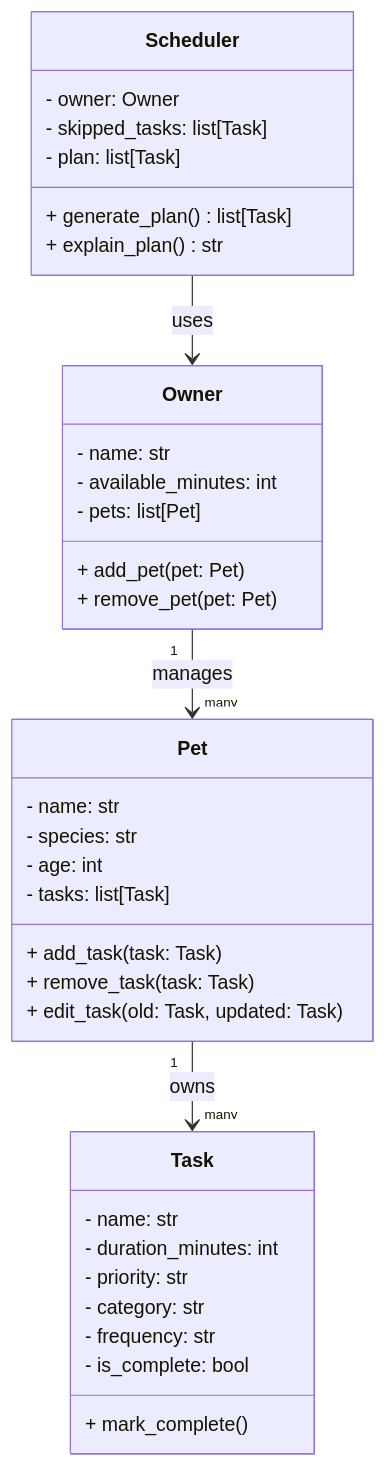
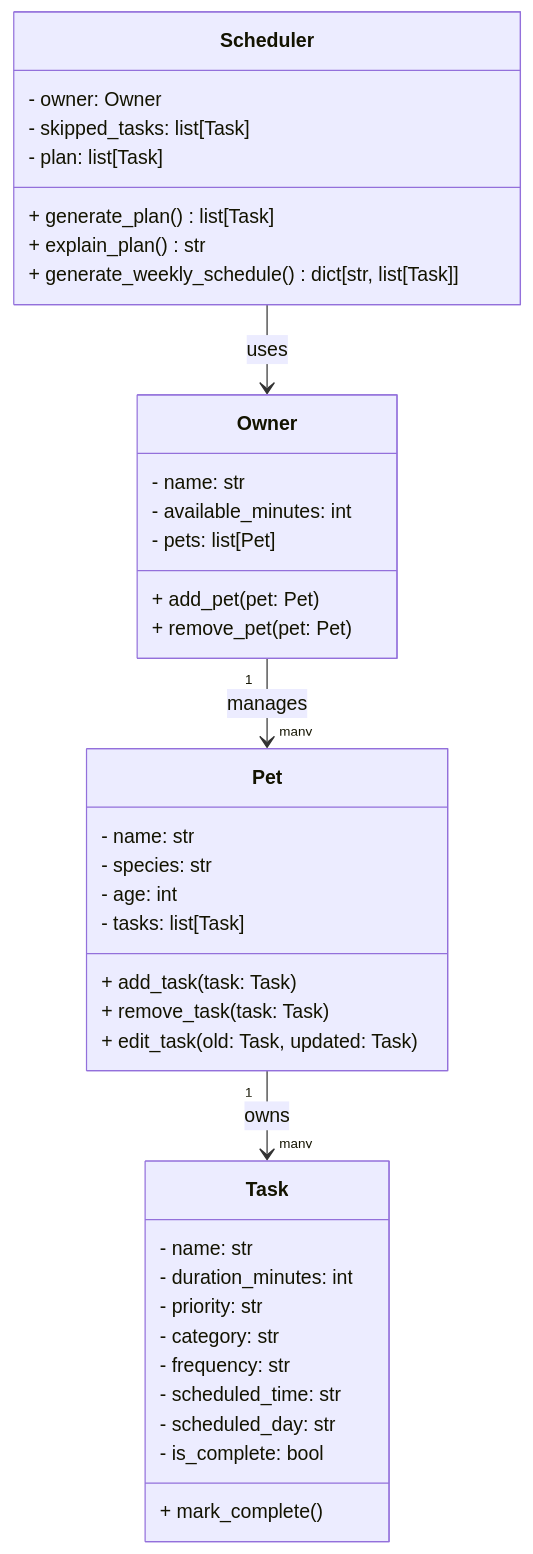
The diagram in pawpal_design.md (malhiya/pawpal-applied-ai), drawn with Mermaid before and after one commit. The commit also changed other lines of this file, not shown here.

Commit message:
Update UML

````diff
--- a/pawpal_design.md
+++ b/pawpal_design.md
@@ -5,42 +5,45 @@
 ```mermaid
 classDiagram
     class Task {
         - name: str
         - duration_minutes: int
         - priority: str
         - category: str
         - frequency: str
+        - scheduled_time: str
+        - scheduled_day: str
         - is_complete: bool
         + mark_complete()
     }
 
     class Pet {
         - name: str
         - species: str
         - age: int
         - tasks: list[Task]
         + add_task(task: Task)
         + remove_task(task: Task)
         + edit_task(old: Task, updated: Task)
     }
 
     class Owner {
         - name: str
         - available_minutes: int
         - pets: list[Pet]
         + add_pet(pet: Pet)
         + remove_pet(pet: Pet)
     }
 
     class Scheduler {
         - owner: Owner
         - skipped_tasks: list[Task]
         - plan: list[Task]
         + generate_plan() list[Task]
         + explain_plan() str
+        + generate_weekly_schedule() dict[str, list[Task]]
     }
 
     Owner "1" --> "many" Pet : manages
     Pet "1" --> "many" Task : owns
     Scheduler --> Owner : uses
 ```
````
